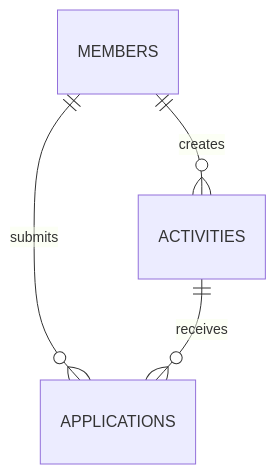
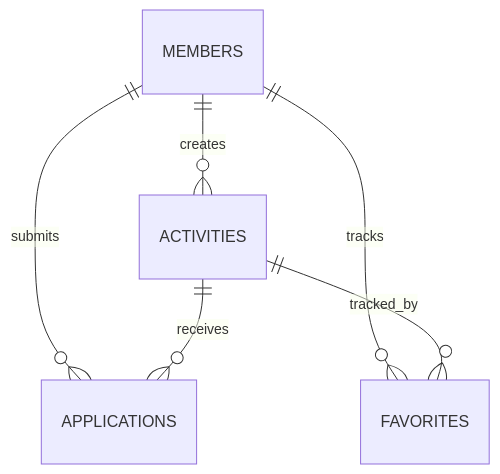
Before and after one commit to petty7244-droid/Jiu_eat: the second of 3 diagrams in docs/jiu-eat-system.md, drawn with Mermaid. The commit also changed other lines of this file, not shown here.

````diff
--- a/docs/jiu-eat-system.md
+++ b/docs/jiu-eat-system.md
@@ -207,6 +222,8 @@
 ```mermaid
 erDiagram
     MEMBERS ||--o{ ACTIVITIES : creates
     MEMBERS ||--o{ APPLICATIONS : submits
     ACTIVITIES ||--o{ APPLICATIONS : receives
+    MEMBERS ||--o{ FAVORITES : tracks
+    ACTIVITIES ||--o{ FAVORITES : tracked_by
 ```
````
